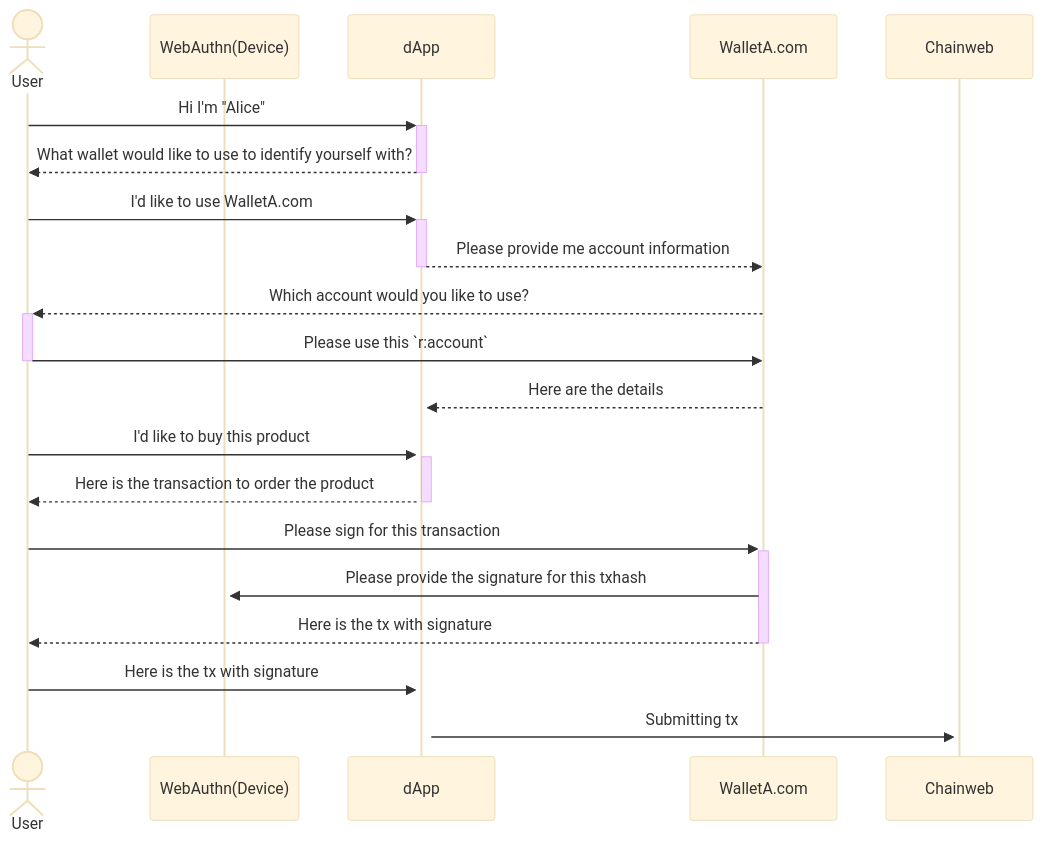
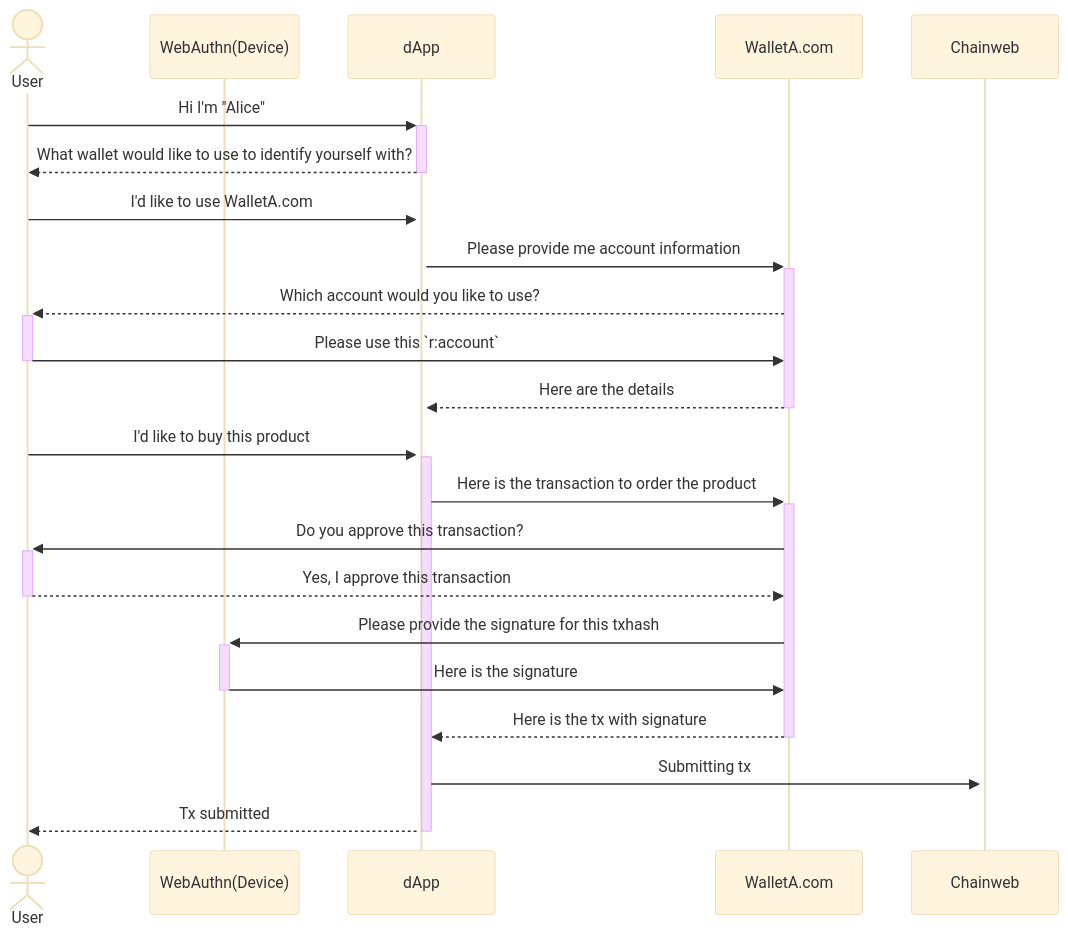
The second of 4 diagrams in docs/KIP-0023/KIP-0023.md (kadena-community/spirekey), drawn with Mermaid (base theme) before and after one commit.

Commit message:
Update tx flow diagram

````diff
--- a/docs/KIP-0023/KIP-0023.md
+++ b/docs/KIP-0023/KIP-0023.md
@@ -337,23 +337,25 @@
 ```mermaid
 sequenceDiagram
   actor User
   participant WebAuthn(Device)
   participant dApp
   participant WalletA.com
   participant Chainweb
 
   User->>+dApp: Hi I'm "Alice"
   dApp-->>-User: What wallet would like to use to identify yourself with?
   User->>+dApp: I'd like to use WalletA.com
-  dApp-->>-WalletA.com: Please provide me account information
+  dApp->>+WalletA.com: Please provide me account information
   WalletA.com-->>+User: Which account would you like to use?
   User->>-WalletA.com: Please use this `r:account`
-  WalletA.com-->>+dApp: Here are the details
+  WalletA.com-->>-dApp: Here are the details
   User->>+dApp: I'd like to buy this product
-  dApp-->>-User: Here is the transaction to order the product
-  User->>+WalletA.com: Please sign for this transaction
+  dApp->>+WalletA.com: Here is the transaction to order the product
+  WalletA.com->>+User: Do you approve this transaction?
+  User-->>-WalletA.com: Yes, I approve this transaction
   WalletA.com->>+WebAuthn(Device): Please provide the signature for this txhash
-  WalletA.com-->>-User: Here is the tx with signature
-  User->>+dApp: Here is the tx with signature
+  WebAuthn(Device)->>-WalletA.com: Here is the signature
+  WalletA.com-->>-dApp: Here is the tx with signature
   dApp->>+Chainweb: Submitting tx
+  dApp-->>-User: Tx submitted
 ```
````
